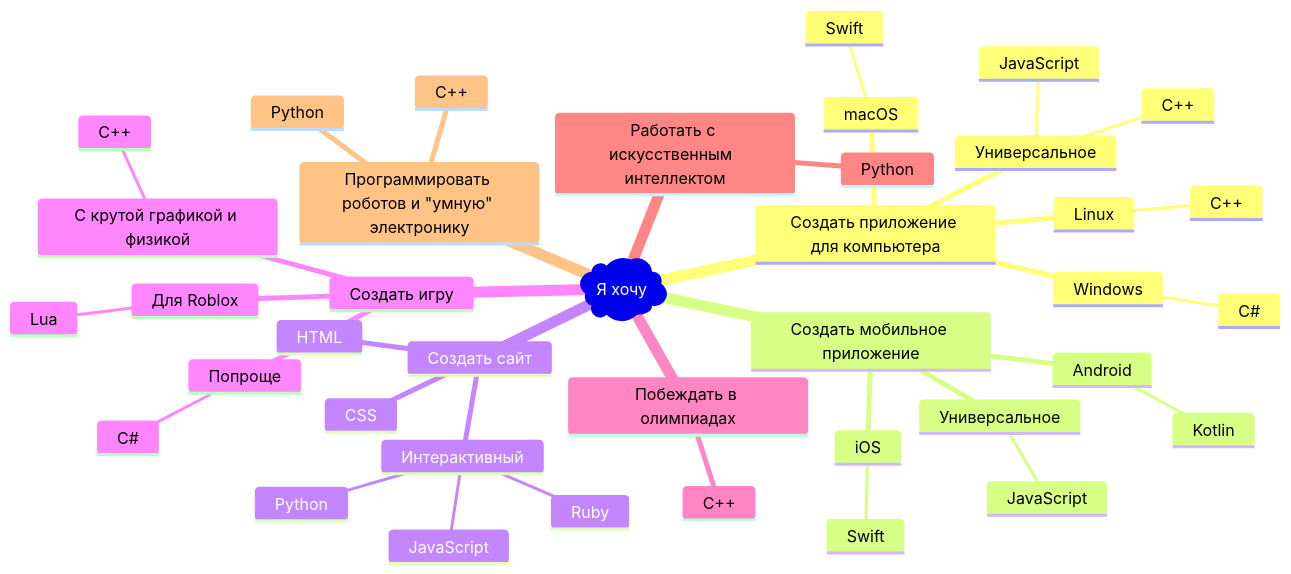
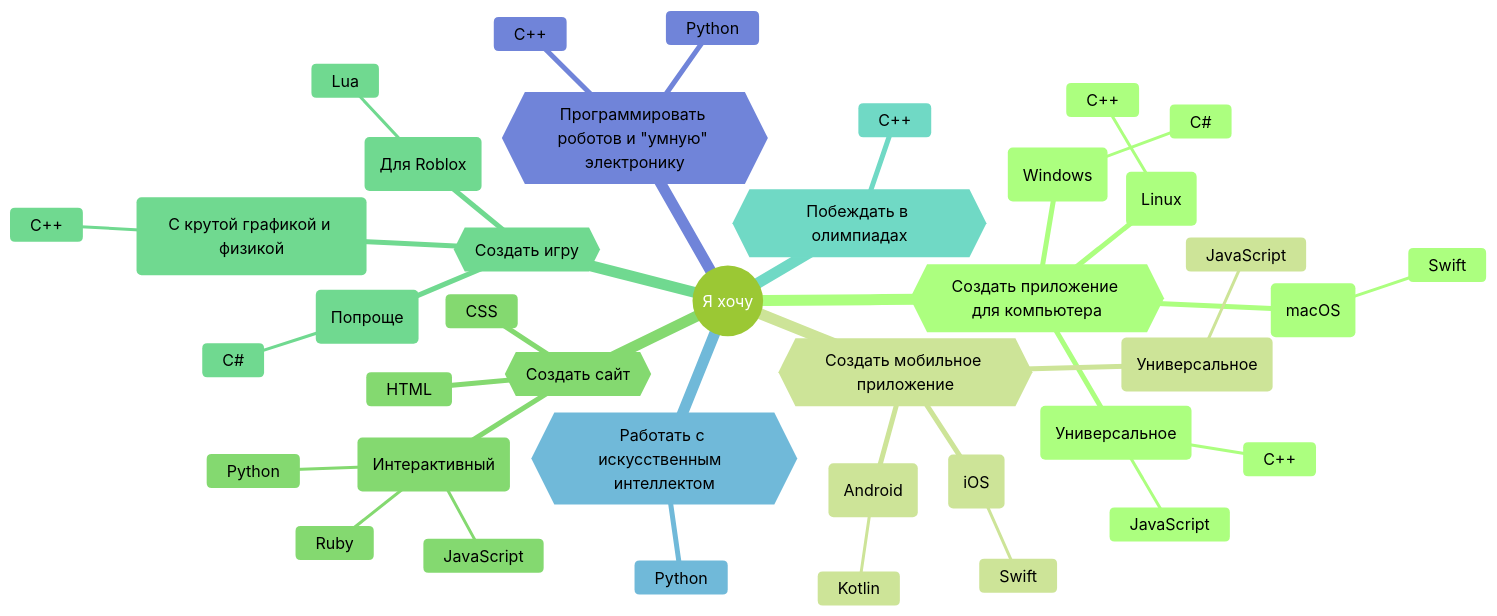
The diagram in mind-map.mmd (31z4/choose-a-language), drawn with Mermaid before and after one commit. The commit also changed 1 other file, not shown here.

```diff
--- a/mind-map.mmd
+++ b/mind-map.mmd
@@ -1,40 +1,45 @@
+---
+title: Какой язык программирования выбрать новичку?
+config:
+  theme: forest
+---
 mindmap
-  root)Я хочу(
-    Создать приложение для компьютера
-        Windows
+  root((Я хочу))
+    desktop{{Создать приложение для компьютера}}
+        windows(Windows)
             C#
-        macOS
+        mac(macOS)
             Swift
-        Linux
+        linux(Linux)
             C++
-        Универсальное
+        crossplatform(Универсальное)
             JavaScript
             C++
-    Создать мобильное приложение
-        Android
+    mobile{{Создать мобильное приложение}}
+        android(Android)
             Kotlin
-        iOS
+        ios(iOS)
             Swift
-        Универсальное
+        crossplatform(Универсальное)
             JavaScript
-    Создать сайт
+    website{{Создать сайт}}
         HTML
         CSS
-        Интерактивный
+        interactive(Интерактивный)
             JavaScript
             Ruby
             Python
-    Создать игру
-        С крутой графикой и физикой
+    game{{Создать игру}}
+        superb(С крутой графикой и физикой)
             C++
-        Попроще
+        simpler(Попроще)
             C#
-        Для Roblox
+        roblox(Для Roblox)
             Lua
-    Побеждать в олимпиадах
+    competition{{Побеждать в олимпиадах}}
         C++
-    Работать с искусственным  интеллектом
+    ai{{Работать с искусственным  интеллектом}}
         Python
-    Программировать роботов и "умную" электронику
+    electronics{{Программировать роботов и "умную" электронику}}
         C++
         Python
```
